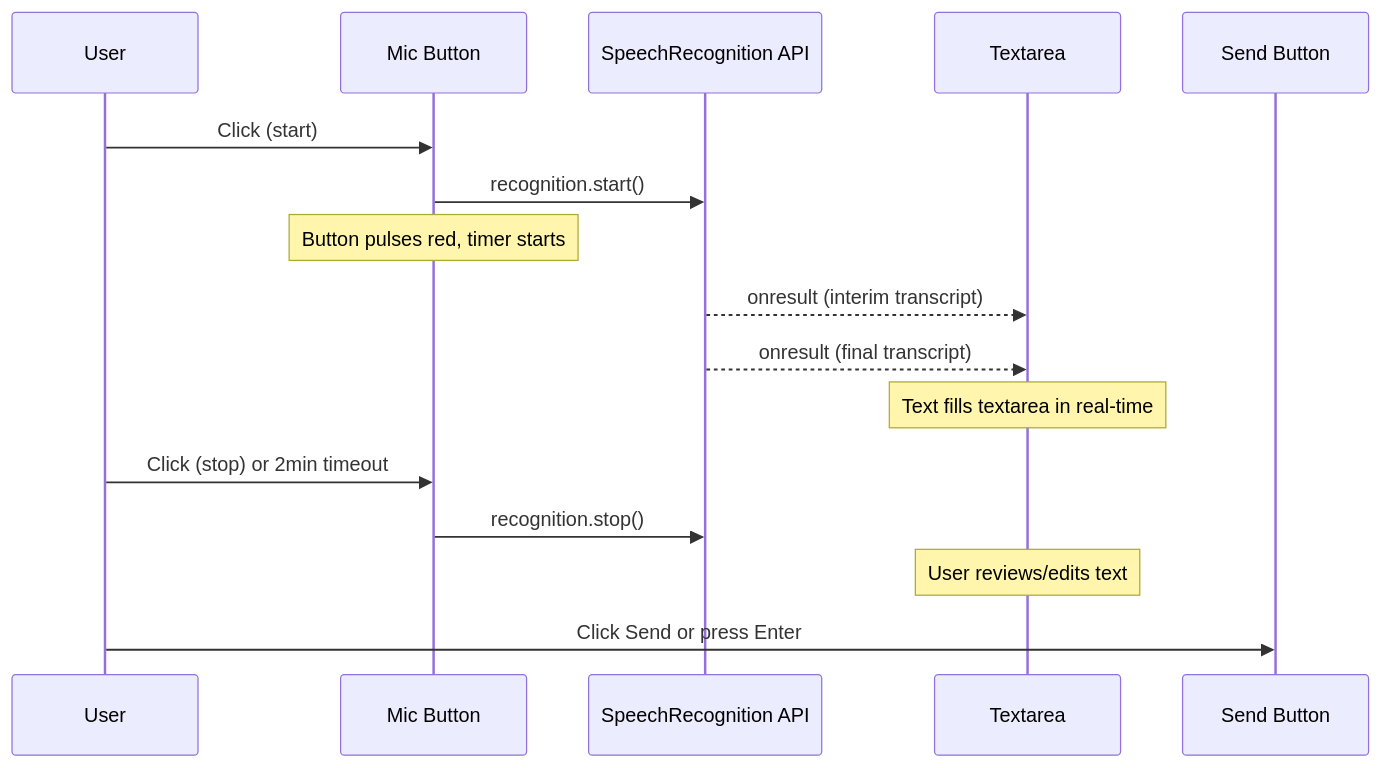
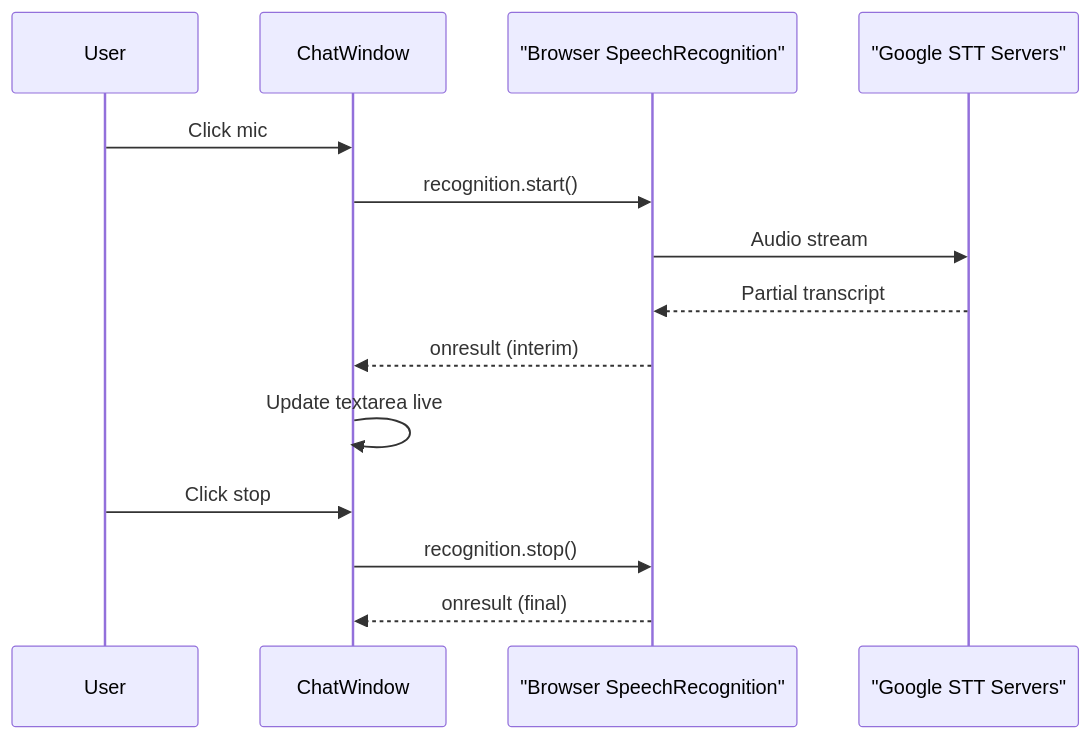
One commit to rtnsht/SN-AI-Dev-Agent changed diagram 14 of 17 in docs/architecture.md. Above: the diagram before and after it, drawn with Mermaid. The commit also changed other lines of this file and 6 other files, not shown here.

````diff
--- a/docs/architecture.md
+++ b/docs/architecture.md
@@ -845,19 +859,17 @@
 ```mermaid
 sequenceDiagram
     participant User
-    participant Mic as Mic Button
-    participant SR as SpeechRecognition API
-    participant TA as Textarea
-    participant Send as Send Button
+    participant ChatWindow
+    participant SpeechAPI as "Browser SpeechRecognition"
+    participant Google as "Google STT Servers"
 
-    User->>Mic: Click (start)
-    Mic->>SR: recognition.start()
-    Note over Mic: Button pulses red, timer starts
-    SR-->>TA: onresult (interim transcript)
-    SR-->>TA: onresult (final transcript)
-    Note over TA: Text fills textarea in real-time
-    User->>Mic: Click (stop) or 2min timeout
-    Mic->>SR: recognition.stop()
-    Note over TA: User reviews/edits text
-    User->>Send: Click Send or press Enter
+    User->>ChatWindow: Click mic
+    ChatWindow->>SpeechAPI: recognition.start()
+    SpeechAPI->>Google: Audio stream
+    Google-->>SpeechAPI: Partial transcript
+    SpeechAPI-->>ChatWindow: onresult (interim)
+    ChatWindow->>ChatWindow: Update textarea live
+    User->>ChatWindow: Click stop
+    ChatWindow->>SpeechAPI: recognition.stop()
+    SpeechAPI-->>ChatWindow: onresult (final)
 ```
````
